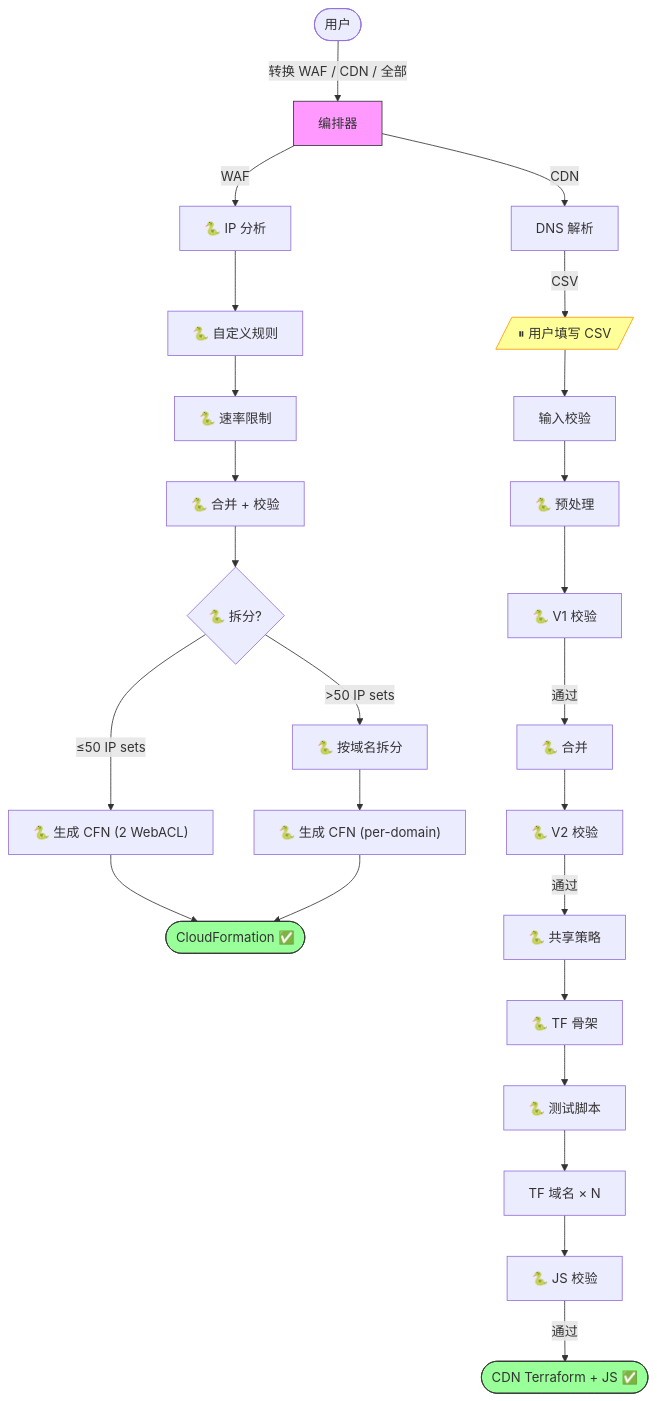
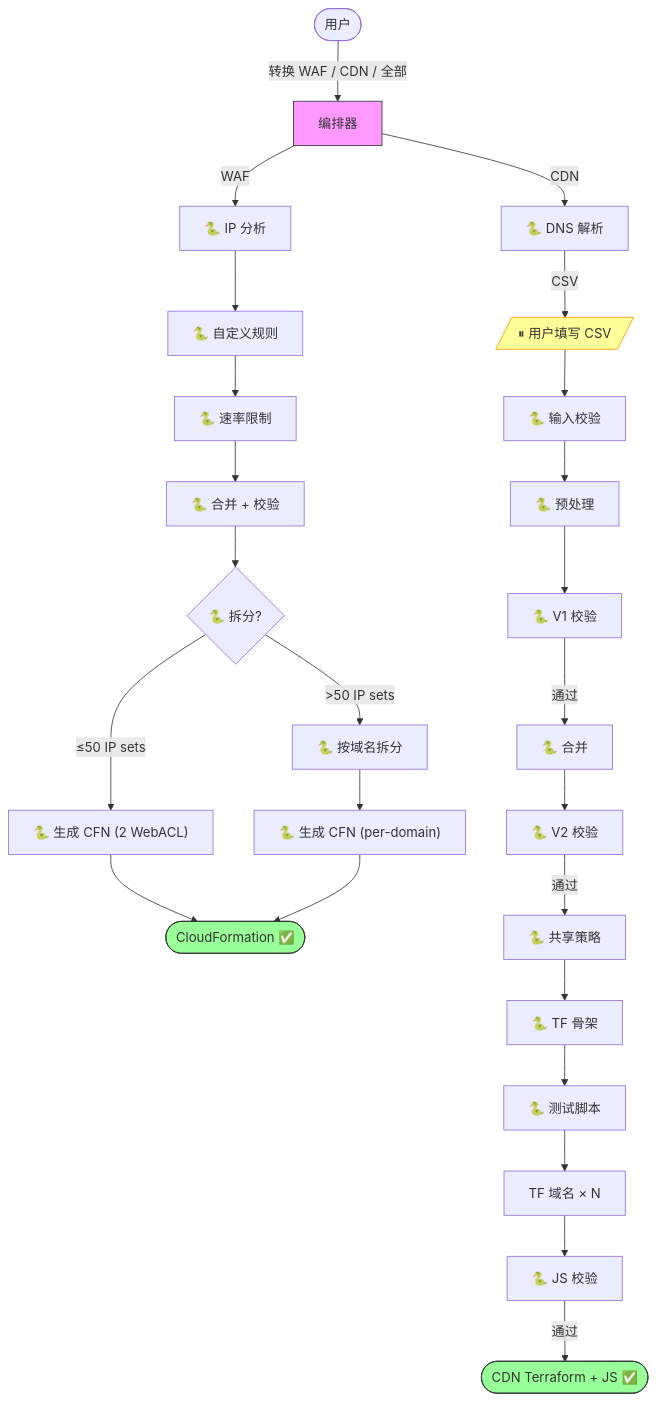
Before and after one commit to chenghit/cloudflare-aws-edge-config-converter: the diagram in README_CN.md, drawn with Mermaid. The commit also changed other lines of this file and 11 other files, not shown here.

````diff
--- a/README_CN.md
+++ b/README_CN.md
@@ -85,25 +85,25 @@
 ```mermaid
 flowchart TD
     User([用户]) -->|"转换 WAF / CDN / 全部"| Main["编排器"]
 
     Main -->|WAF| WAF_A1["🐍 IP 分析"] --> WAF_A2["🐍 自定义规则"] --> WAF_A3["🐍 速率限制"] --> WAF_M["🐍 合并 + 校验"] --> WAF_S{"🐍 拆分?"} -->|"≤50 IP sets"| WAF_G["🐍 生成 CFN (2 WebACL)"] --> WAF_Done([CloudFormation ✅])
     WAF_S -->|">50 IP sets"| WAF_SP["🐍 按域名拆分"] --> WAF_GP["🐍 生成 CFN (per-domain)"] --> WAF_Done
 
-    Main -->|CDN| CDN1["DNS 解析"] -->|CSV| Pause[/"⏸ 用户填写 CSV"/]
-    Pause --> CDN2["输入校验"]
+    Main -->|CDN| CDN1["🐍 DNS 解析"] -->|CSV| Pause[/"⏸ 用户填写 CSV"/]
+    Pause --> CDN2["🐍 输入校验"]
     CDN2 --> CDN3["🐍 预处理"]
     CDN3 --> CDN4["🐍 V1 校验"]
     CDN4 -->|通过| CDN5["🐍 合并"]
     CDN5 --> CDN6["🐍 V2 校验"]
     CDN6 -->|通过| CDN7["🐍 共享策略"]
     CDN7 --> CDN75["🐍 TF 骨架"]
     CDN75 --> CDN76["🐍 测试脚本"]
     CDN76 --> CDN8["TF 域名 × N"]
     CDN8 --> CDN9["🐍 JS 校验"]
     CDN9 -->|通过| CDN_Done([CDN Terraform + JS ✅])
 
     style Main fill:#f9f,stroke:#333
     style Pause fill:#ff9,stroke:#f90
     style WAF_Done fill:#9f9,stroke:#333
     style CDN_Done fill:#9f9,stroke:#333
 ```
````
